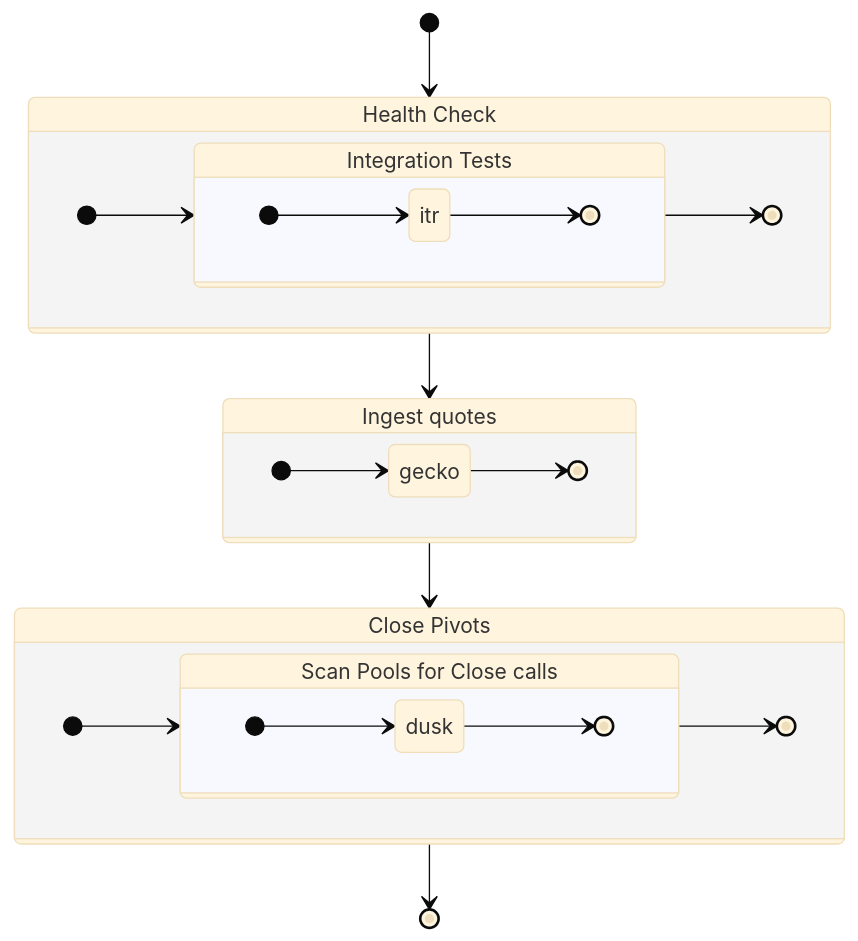
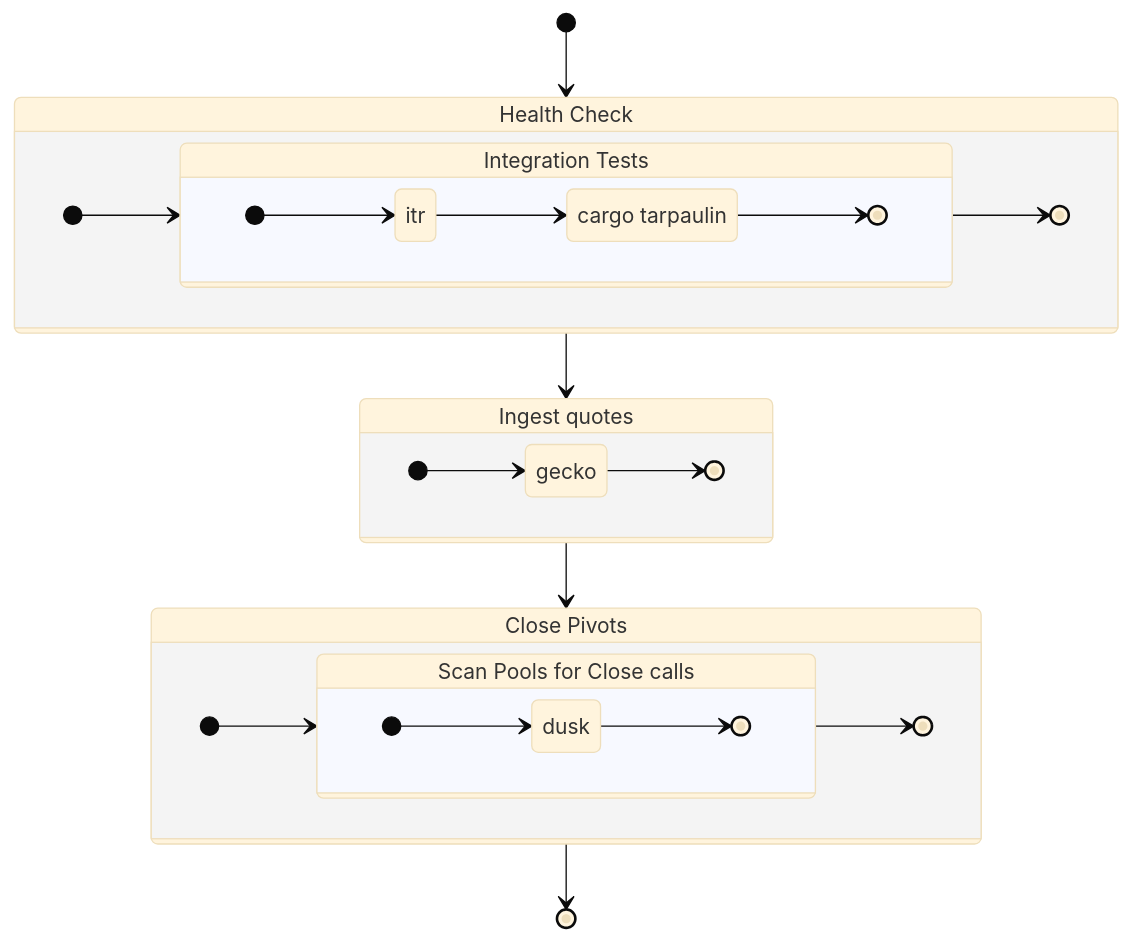
Before and after one commit to pivoteur/protocol: the diagram in dapps/README.md, drawn with Mermaid (base theme).

Commit message:
adding tarpaulin to tests

````diff
--- a/dapps/README.md
+++ b/dapps/README.md
@@ -5,42 +5,44 @@
 ```mermaid
 stateDiagram-v2
    [*] --> Tests
    Tests --> Quotes
    Quotes --> Closes
    Closes --> [*]
 
    Tests: Health Check
    state Tests {
       direction LR
       [*] --> Integration
       Integration --> [*]
 
       Integration: Integration Tests
       state Integration {
+         Tarp: cargo tarpaulin
          direction LR
          [*] --> itr
-         itr --> [*]
+         itr --> Tarp
+         Tarp --> [*]
       }
    }
 
    Quotes: Ingest quotes
    state Quotes {
       direction LR
       [*] --> gecko
       gecko --> [*]
    }
 
    Closes: Close Pivots
    state Closes {
       direction LR
       [*] --> Scan
       Scan --> [*]
 
       Scan: Scan Pools for Close calls
       state Scan {
          direction LR
          [*] --> dusk
          dusk --> [*]
       }
    }
 ```
````
